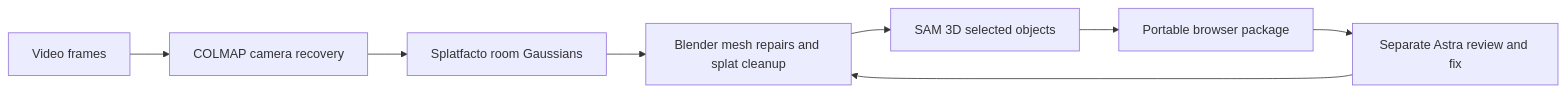
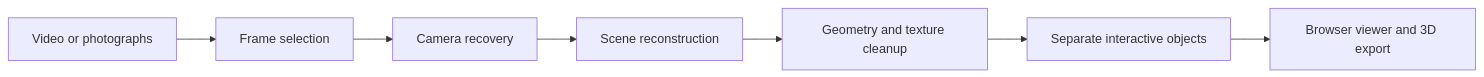
Before and after one commit to Shaurya026/real2sim: the diagram in README.md, drawn with Mermaid. The commit also changed other lines of this file and 2 other files, not shown here.

````diff
--- a/README.md
+++ b/README.md
@@ -47,10 +69,9 @@
 ```mermaid
 flowchart LR
- V[Video frames] --> C[COLMAP camera recovery]
- C --> G[Splatfacto room Gaussians]
- G --> B[Blender mesh repairs and splat cleanup]
- B --> S[SAM 3D selected objects]
- S --> W[Portable browser package]
- W --> R[Separate Astra review and fix]
- R --> B
+    A[Video or photographs] --> B[Frame selection]
+    B --> C[Camera recovery]
+    C --> D[Scene reconstruction]
+    D --> E[Geometry and texture cleanup]
+    E --> F[Separate interactive objects]
+    F --> G[Browser viewer and 3D export]
 ```
````
